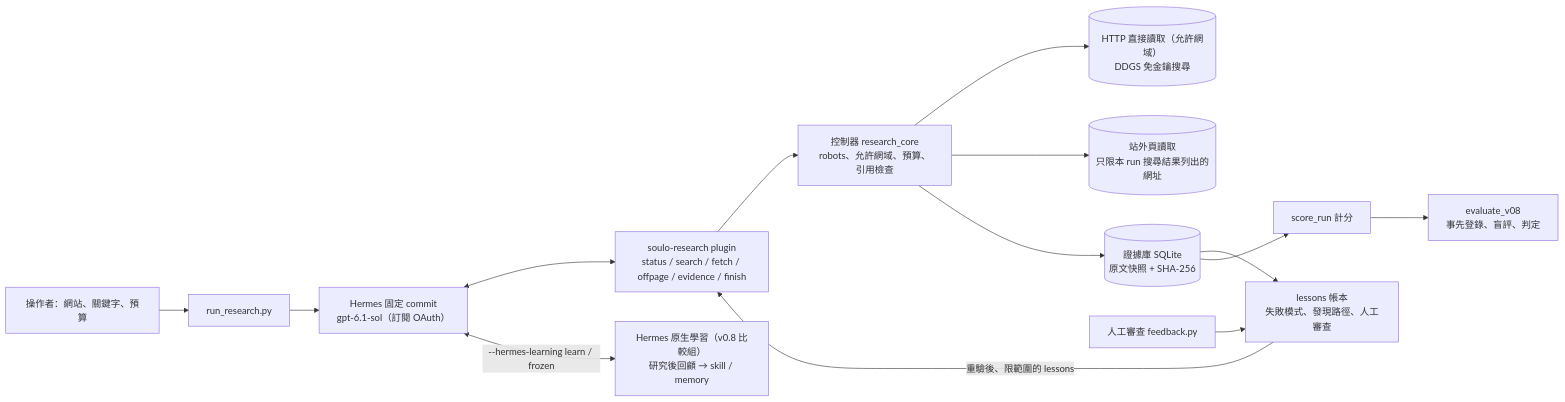
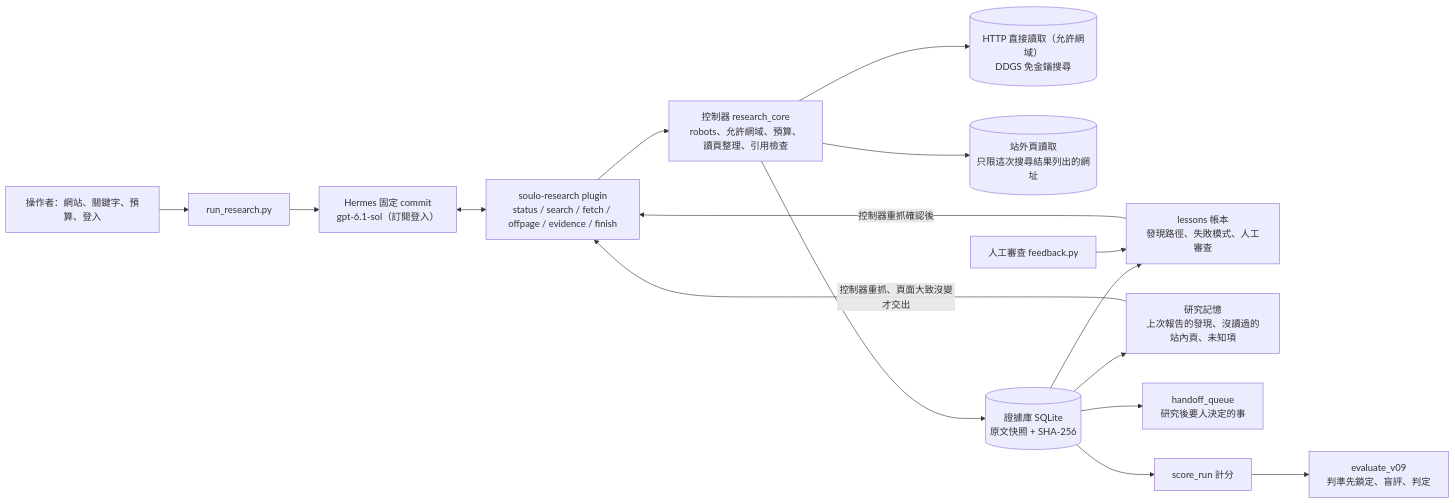
The diagram in task02-hermes-agent/README.md (pw95148637/seo-ai-engineer-assessment), drawn with Mermaid before and after one commit. The commit also changed other lines of this file and 1655 other files, not shown here.

````diff
--- a/task02-hermes-agent/README.md
+++ b/task02-hermes-agent/README.md
@@ -26,16 +36,18 @@
 ```mermaid
 flowchart LR
-  OP["操作者：網站、關鍵字、預算"] --> RUN["run_research.py"]
-  RUN --> HER["Hermes 固定 commit<br/>gpt-6.1-sol（訂閱 OAuth）"]
+  OP["操作者：網站、關鍵字、預算、登入"] --> RUN["run_research.py"]
+  RUN --> HER["Hermes 固定 commit<br/>gpt-6.1-sol（訂閱登入）"]
   HER <--> PLG["soulo-research plugin<br/>status / search / fetch / offpage / evidence / finish"]
-  PLG --> CTL["控制器 research_core<br/>robots、允許網域、預算、引用檢查"]
+  PLG --> CTL["控制器 research_core<br/>robots、允許網域、預算、讀頁整理、引用檢查"]
   CTL --> NET[("HTTP 直接讀取（允許網域）<br/>DDGS 免金鑰搜尋")]
-  CTL --> OFF[("站外頁讀取<br/>只限本 run 搜尋結果列出的網址")]
+  CTL --> OFF[("站外頁讀取<br/>只限這次搜尋結果列出的網址")]
   CTL --> EVD[("證據庫 SQLite<br/>原文快照 + SHA-256")]
-  EVD --> LES["lessons 帳本<br/>失敗模式、發現路徑、人工審查"]
+  EVD --> LES["lessons 帳本<br/>發現路徑、失敗模式、人工審查"]
+  EVD --> MEM["研究記憶<br/>上次報告的發現、沒讀過的站內頁、未知項"]
   HUM["人工審查 feedback.py"] --> LES
-  LES -->|"重驗後、限範圍的 lessons"| PLG
-  HER <-->|"--hermes-learning learn / frozen"| NAT["Hermes 原生學習（v0.8 比較組）<br/>研究後回顧 → skill / memory"]
+  LES -->|"控制器重抓確認後"| PLG
+  MEM -->|"控制器重抓、頁面大致沒變才交出"| PLG
+  EVD --> HQ["handoff_queue<br/>研究後要人決定的事"]
   EVD --> SCO["score_run 計分"]
-  SCO --> EVA["evaluate_v08<br/>事先登錄、盲評、判定"]
+  SCO --> EVA["evaluate_v09<br/>判準先鎖定、盲評、判定"]
 ```
````
